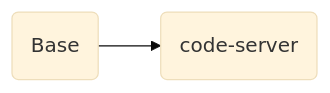
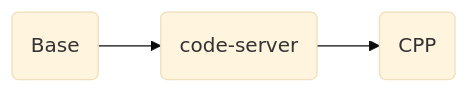
One commit to ben0i0d/coder-workspace-stacks changed the diagram in README.md. Above: the diagram before and after it, drawn with Mermaid (base theme). The commit also changed other lines of this file and 3 other files, not shown here.

````diff
--- a/README.md
+++ b/README.md
@@ -35,4 +35,4 @@
 ```mermaid
 graph LR
-A(Base)-->B(code-server)
+A(Base)-->B(code-server)-->C(CPP)
 ```  
````
